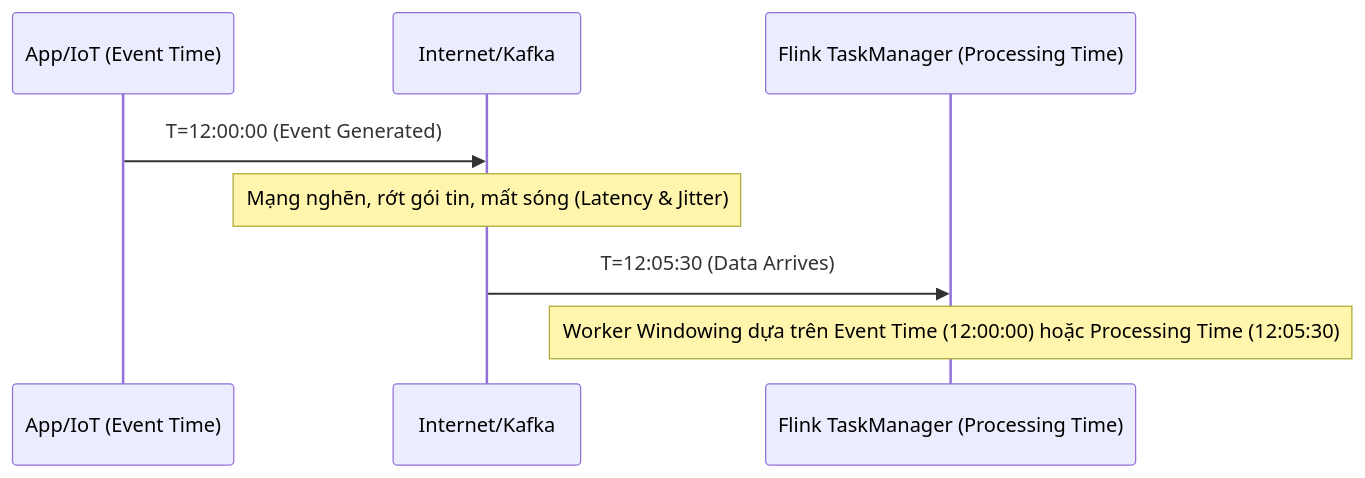
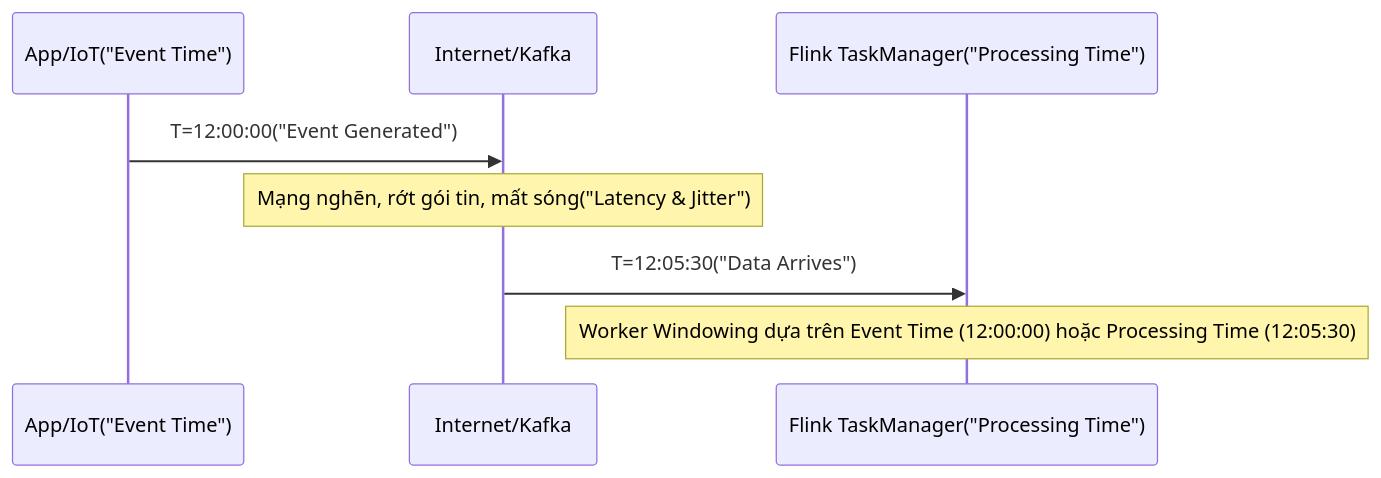
The diagram in src/content/docs/concepts/5-stream-processing-realtime/event-time-processing-time.md (kythuatdulieu/kythuatdulieu.github.io), drawn with Mermaid before and after one commit. The commit also changed 190 other files, not shown here.

Commit message:
fix: resolve mermaid syntax, math rendering, and metadata issues from content rewrite

````diff
--- a/src/content/docs/concepts/5-stream-processing-realtime/event-time-processing-time.md
+++ b/src/content/docs/concepts/5-stream-processing-realtime/event-time-processing-time.md
@@ -20,11 +20,11 @@
 ```mermaid
 sequenceDiagram
-    participant Source as App/IoT (Event Time)
+    participant Source as App/IoT("Event Time")
     participant Network as Internet/Kafka
-    participant Worker as Flink TaskManager (Processing Time)
+    participant Worker as Flink TaskManager("Processing Time")
     
-    Source->>Network: T=12:00:00 (Event Generated)
-    Note over Network: Mạng nghẽn, rớt gói tin, mất sóng (Latency & Jitter)
-    Network->>Worker: T=12:05:30 (Data Arrives)
+    Source->>Network: T=12:00:00("Event Generated")
+    Note over Network: Mạng nghẽn, rớt gói tin, mất sóng("Latency & Jitter")
+    Network->>Worker: T=12:05:30("Data Arrives")
     Note over Worker: Worker Windowing dựa trên Event Time (12:00:00) hoặc Processing Time (12:05:30)
 ```
````
